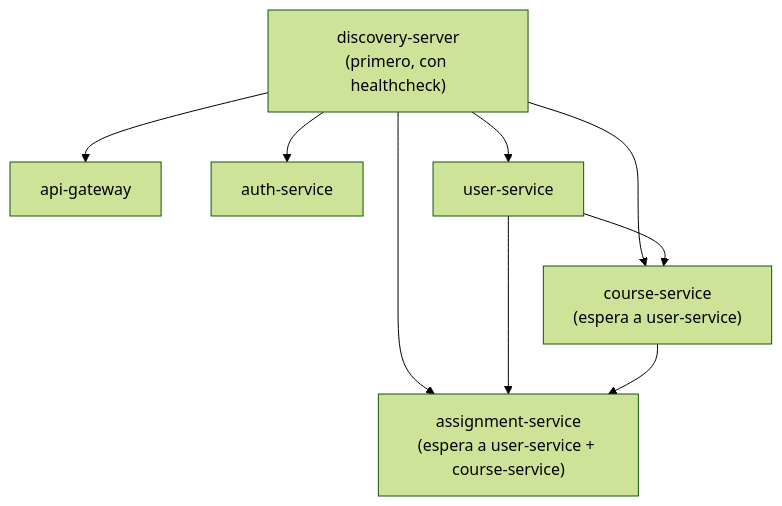
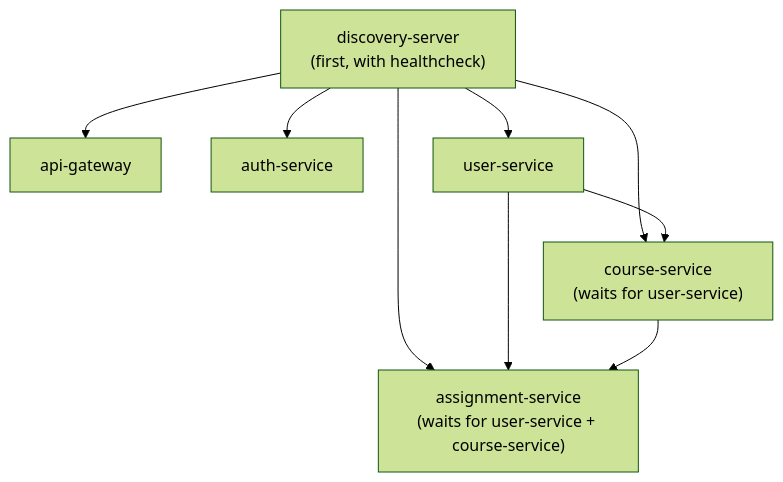
Before and after one commit to K-Forge/KApp: the diagram in docs/DOCKER-GUIDE.md, drawn with Mermaid (forest theme). The commit also changed other lines of this file and 12 other files, not shown here.

````diff
--- a/docs/DOCKER-GUIDE.md
+++ b/docs/DOCKER-GUIDE.md
@@ -128,11 +130,11 @@
 ```mermaid
 graph TD
-    DS["discovery-server\n(primero, con healthcheck)"] --> GW[api-gateway]
+    DS["discovery-server<br/>(first, with healthcheck)"] --> GW[api-gateway]
     DS --> AUTH[auth-service]
     DS --> USER[user-service]
-    DS --> COURSE["course-service\n(espera a user-service)"]
-    DS --> ASSIGN["assignment-service\n(espera a user-service + course-service)"]
+    DS --> COURSE["course-service<br/>(waits for user-service)"]
+    DS --> ASSIGN["assignment-service<br/>(waits for user-service + course-service)"]
     USER --> COURSE
     USER --> ASSIGN
     COURSE --> ASSIGN
 ```
````
